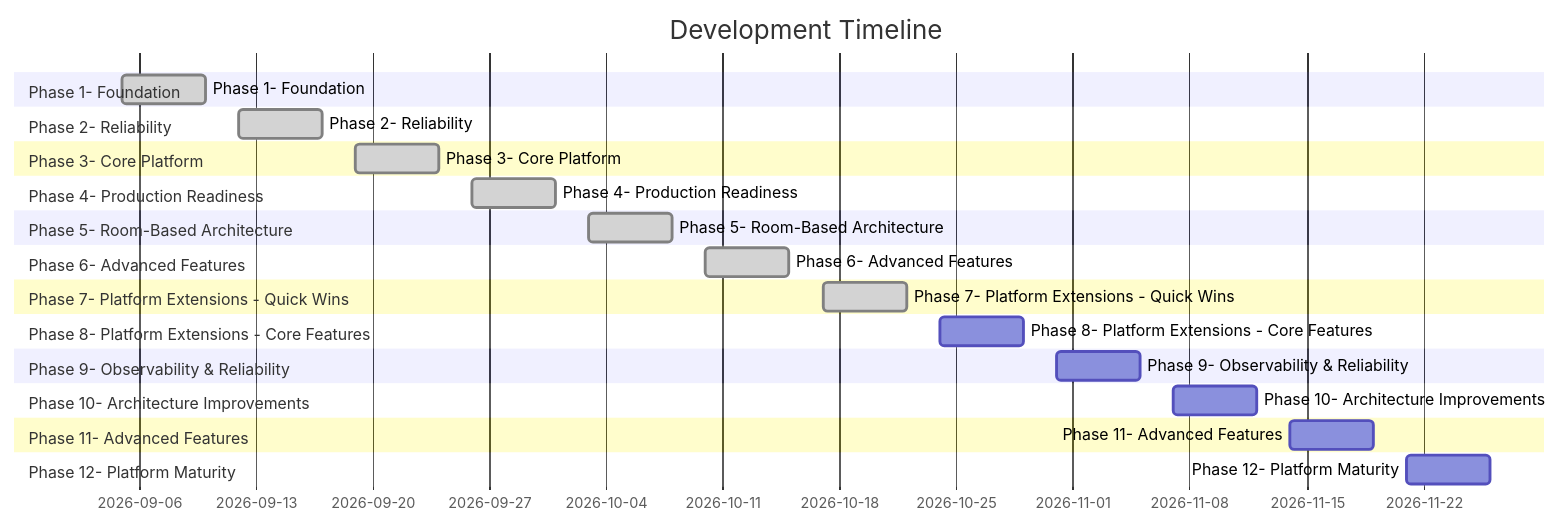
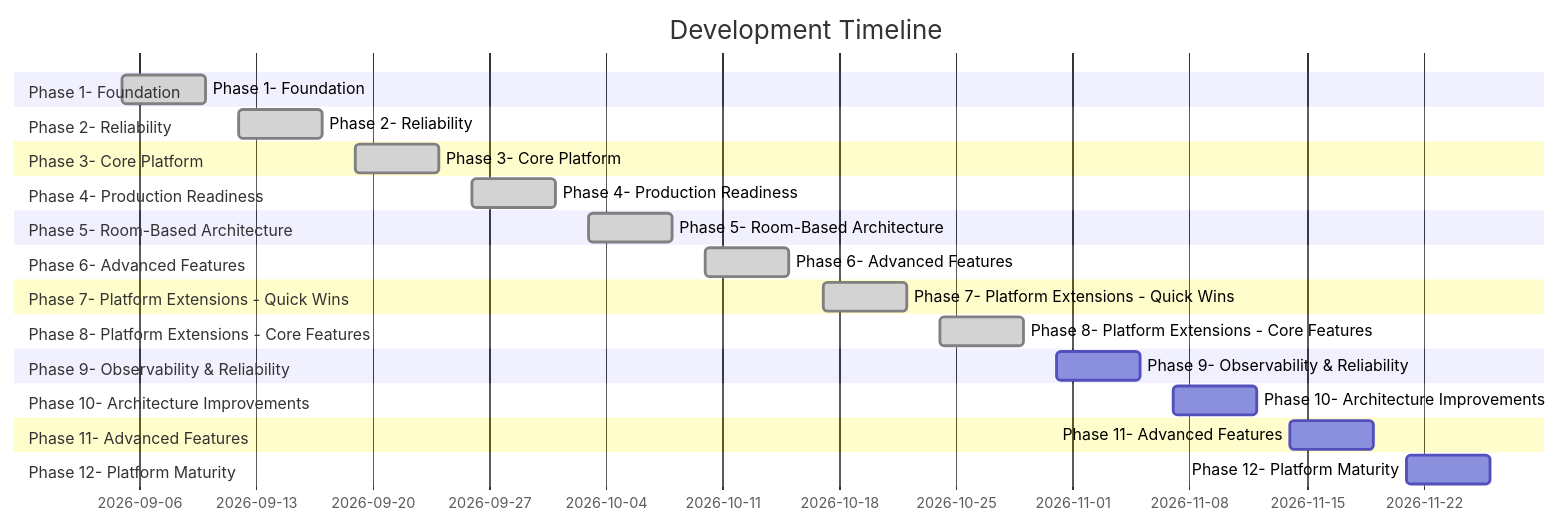
Before and after one commit to Alkamenos/smart-home-platform: the diagram in ROADMAP.md, drawn with Mermaid. The commit also changed other lines of this file and 5 other files, not shown here.

````diff
--- a/ROADMAP.md
+++ b/ROADMAP.md
@@ -5,42 +5,42 @@
 ```mermaid
 gantt
     title Development Timeline
     dateFormat YYYY-MM-DD
 
     section Phase 1- Foundation
     Phase 1- Foundation :done, p1, 2026-09-05, 2026-09-10
 
     section Phase 2- Reliability
     Phase 2- Reliability :done, p2, 2026-09-12, 2026-09-17
 
     section Phase 3- Core Platform
     Phase 3- Core Platform :done, p3, 2026-09-19, 2026-09-24
 
     section Phase 4- Production Readiness
     Phase 4- Production Readiness :done, p4, 2026-09-26, 2026-10-01
 
     section Phase 5- Room-Based Architecture
     Phase 5- Room-Based Architecture :done, p5, 2026-10-03, 2026-10-08
 
     section Phase 6- Advanced Features
     Phase 6- Advanced Features :done, p6, 2026-10-10, 2026-10-15
 
     section Phase 7- Platform Extensions - Quick Wins
     Phase 7- Platform Extensions - Quick Wins :done, p7, 2026-10-17, 2026-10-22
 
     section Phase 8- Platform Extensions - Core Features
-    Phase 8- Platform Extensions - Core Features :p8, 2026-10-24, 2026-10-29
+    Phase 8- Platform Extensions - Core Features :done, p8, 2026-10-24, 2026-10-29
 
     section Phase 9- Observability & Reliability
     Phase 9- Observability & Reliability :p9, 2026-10-31, 2026-11-05
 
     section Phase 10- Architecture Improvements
     Phase 10- Architecture Improvements :p10, 2026-11-07, 2026-11-12
 
     section Phase 11- Advanced Features
     Phase 11- Advanced Features :p11, 2026-11-14, 2026-11-19
 
     section Phase 12- Platform Maturity
     Phase 12- Platform Maturity :p12, 2026-11-21, 2026-11-26
 
 ```
````
